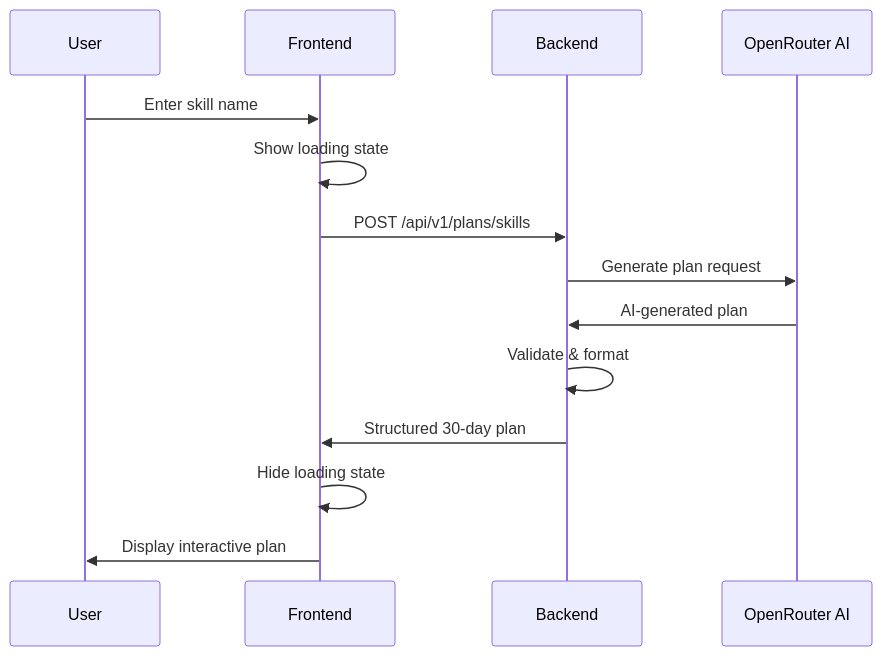
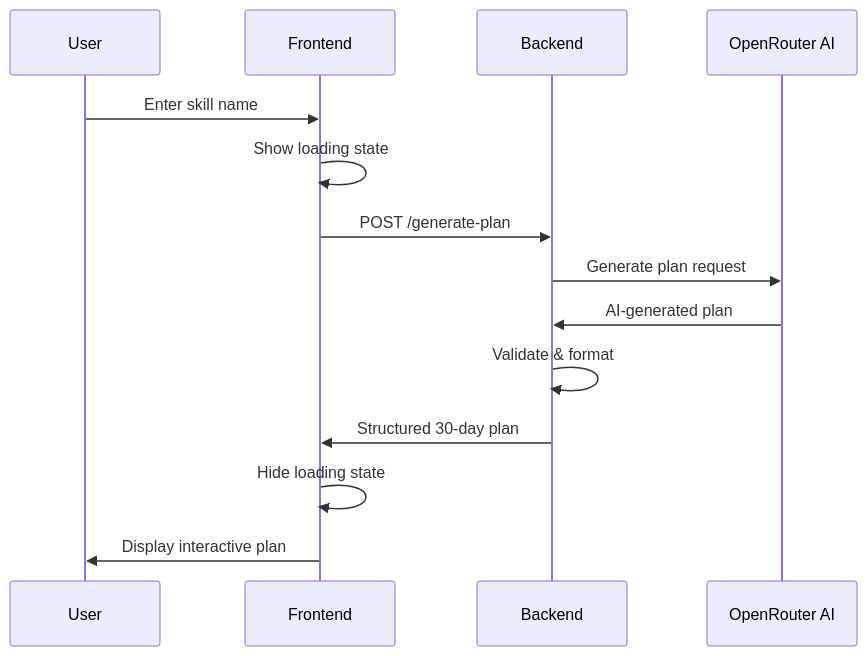
Before and after one commit to ZayK1/Orbital-TeamYiZ: the third of 4 diagrams in Developer's Guide.md, drawn with Mermaid. The commit also changed other lines of this file, not shown here.

````diff
--- a/Developer's Guide.md
+++ b/Developer's Guide.md
@@ -1466,17 +1423,32 @@
 ```mermaid
+
 sequenceDiagram
-    participant U as User
-    participant F as Frontend
-    participant B as Backend
-    participant AI as OpenRouter AI
 
-    U->>F: Enter skill name
-    F->>F: Show loading state
-    F->>B: POST /api/v1/plans/skills
-    B->>AI: Generate plan request
-    AI->>B: AI-generated plan
-    B->>B: Validate & format
-    B->>F: Structured 30-day plan
-    F->>F: Hide loading state
-    F->>U: Display interactive plan
+participant U as User
+
+participant F as Frontend
+
+participant B as Backend
+
+participant AI as OpenRouter AI
+
+
+U->>F: Enter skill name
+
+F->>F: Show loading state
+
+F->>B: POST /generate-plan
+
+B->>AI: Generate plan request
+
+AI->>B: AI-generated plan
+
+B->>B: Validate & format
+
+B->>F: Structured 30-day plan
+
+F->>F: Hide loading state
+
+F->>U: Display interactive plan
+
 ```
````
